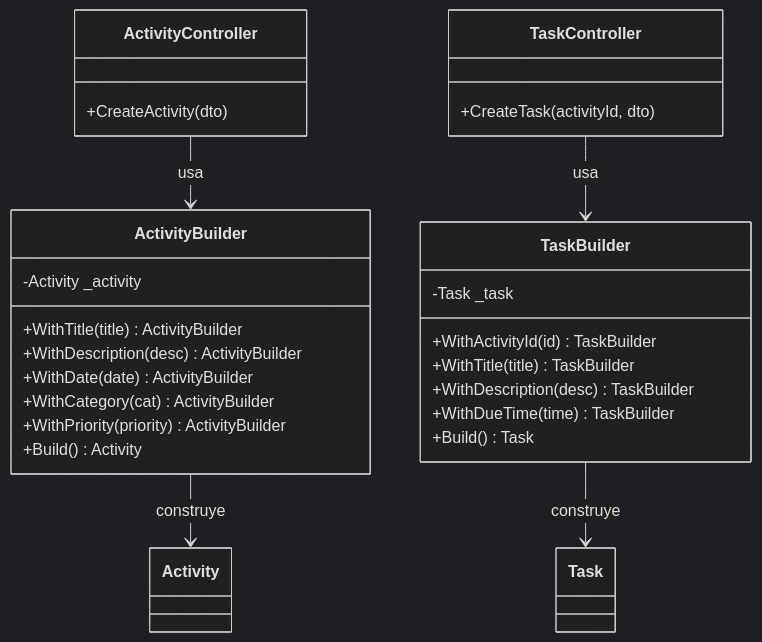
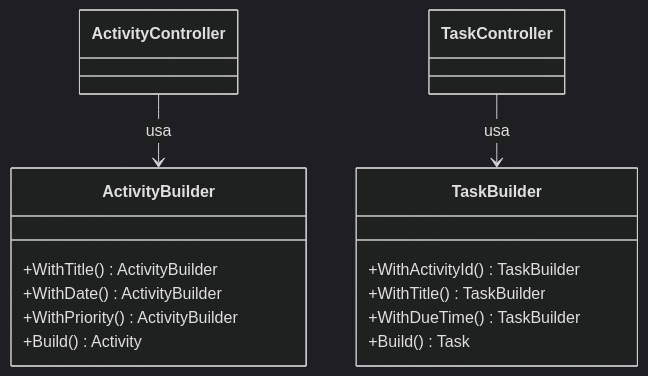
Before and after one commit to kiki-bot-sudo/Arq-Soft-TaskFlow-Enrique: the second of 5 diagrams in PATRONES-GOF.md, drawn with Mermaid (dark theme). The commit also changed other lines of this file, not shown here.

````diff
--- a/PATRONES-GOF.md
+++ b/PATRONES-GOF.md
@@ -98,31 +47,17 @@
 ```mermaid
 classDiagram
     class ActivityBuilder {
-        -Activity _activity
-        +WithTitle(title) ActivityBuilder
-        +WithDescription(desc) ActivityBuilder
-        +WithDate(date) ActivityBuilder
-        +WithCategory(cat) ActivityBuilder
-        +WithPriority(priority) ActivityBuilder
+        +WithTitle() ActivityBuilder
+        +WithDate() ActivityBuilder
+        +WithPriority() ActivityBuilder
         +Build() Activity
     }
     class TaskBuilder {
-        -Task _task
-        +WithActivityId(id) TaskBuilder
-        +WithTitle(title) TaskBuilder
-        +WithDescription(desc) TaskBuilder
-        +WithDueTime(time) TaskBuilder
+        +WithActivityId() TaskBuilder
+        +WithTitle() TaskBuilder
+        +WithDueTime() TaskBuilder
         +Build() Task
     }
-    class ActivityController {
-        +CreateActivity(dto)
-    }
-    class TaskController {
-        +CreateTask(activityId, dto)
-    }
-
     ActivityController --> ActivityBuilder : usa
     TaskController --> TaskBuilder : usa
-    ActivityBuilder --> Activity : construye
-    TaskBuilder --> Task : construye
 ```
````
